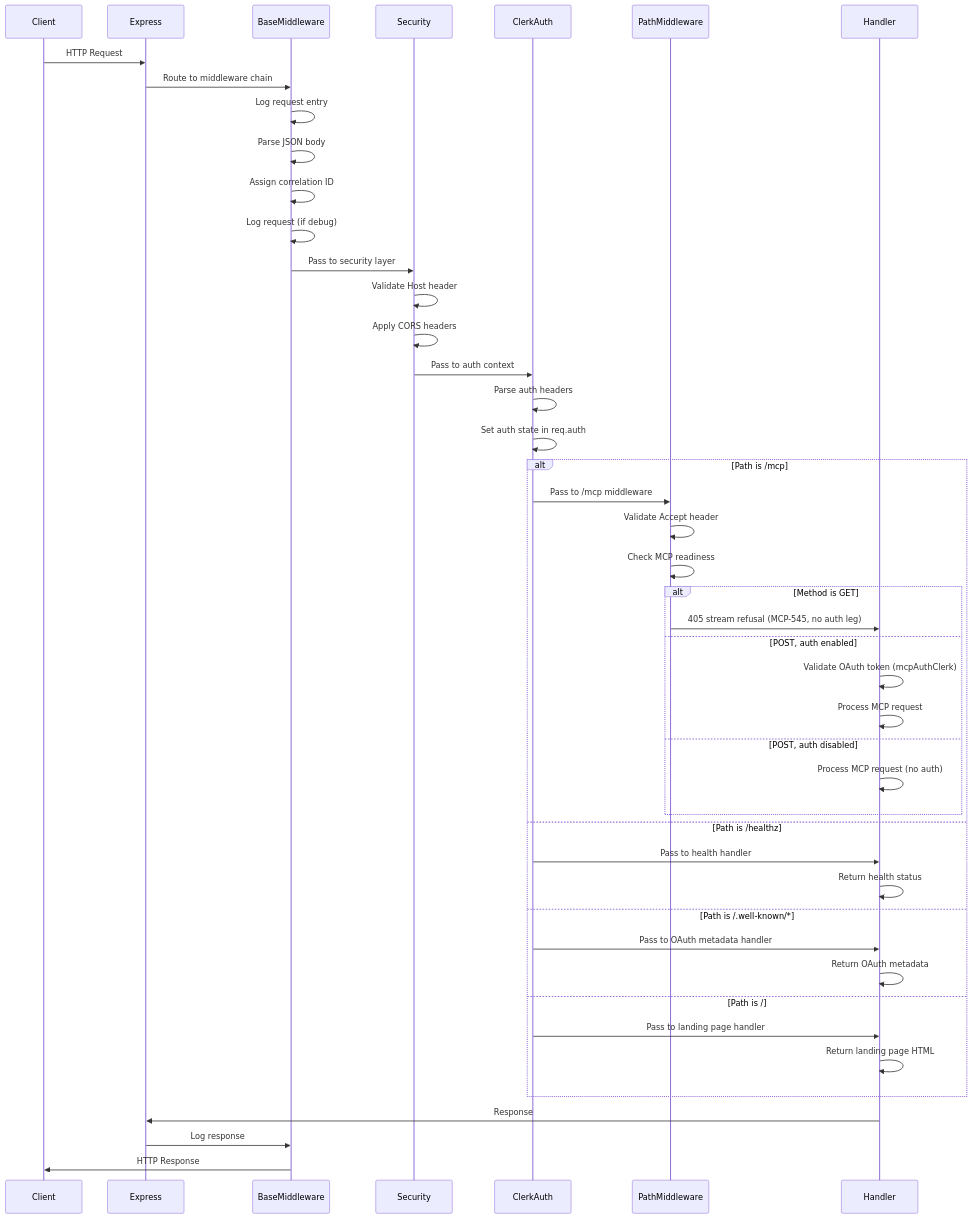
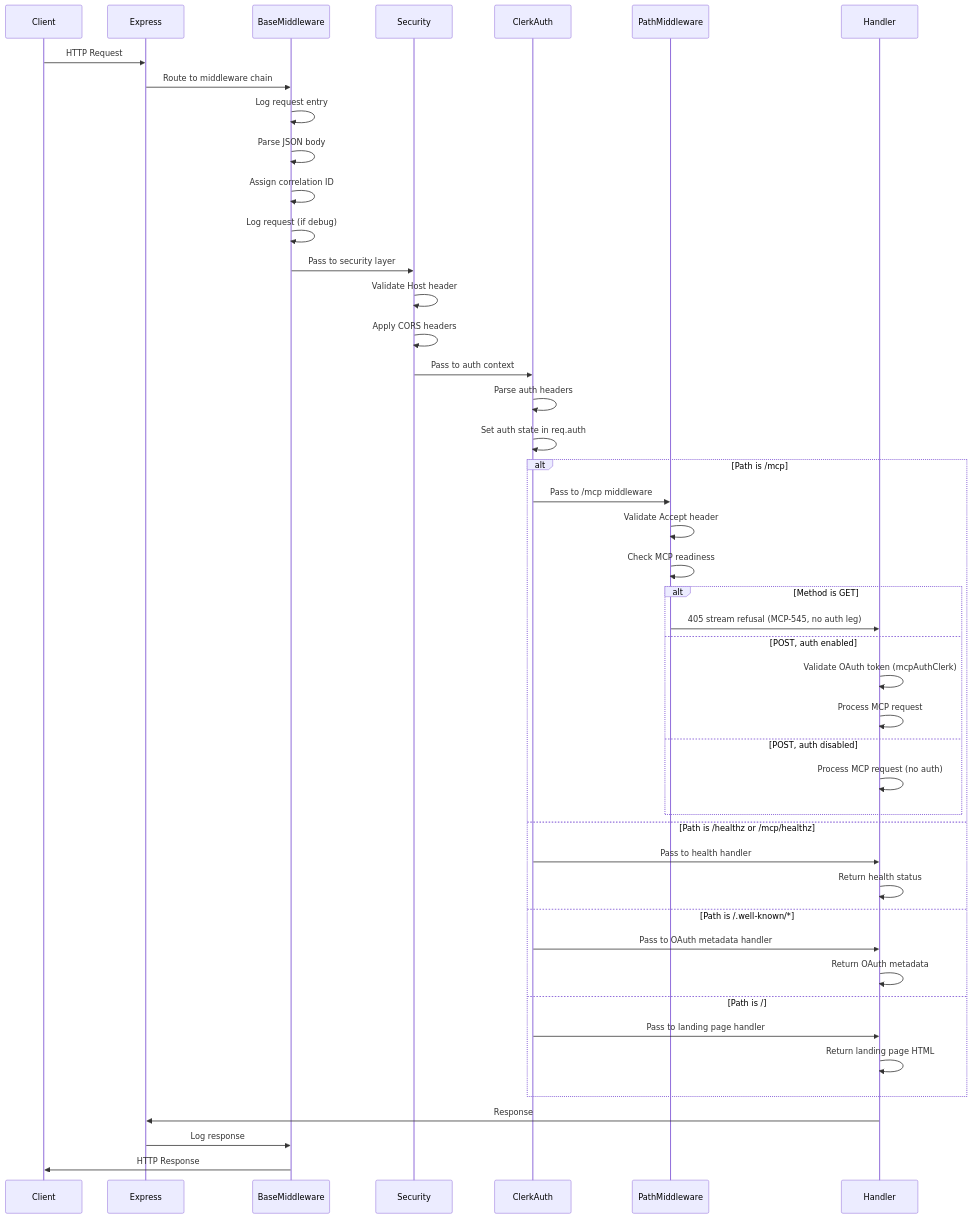
The first of 2 diagrams in apps/oak-curriculum-mcp-streamable-http/docs/middleware-chain.md (EngraphCode/oak-open-curriculum-ecosystem), drawn with Mermaid before and after one commit. The commit also changed other lines of this file and 15 other files, not shown here.

````diff
--- a/apps/oak-curriculum-mcp-streamable-http/docs/middleware-chain.md
+++ b/apps/oak-curriculum-mcp-streamable-http/docs/middleware-chain.md
@@ -67,53 +67,53 @@
 ```mermaid
 sequenceDiagram
     participant Client
     participant Express
     participant BaseMiddleware
     participant Security
     participant ClerkAuth
     participant PathMiddleware
     participant Handler
 
     Client->>Express: HTTP Request
     Express->>BaseMiddleware: Route to middleware chain
     BaseMiddleware->>BaseMiddleware: Log request entry
     BaseMiddleware->>BaseMiddleware: Parse JSON body
     BaseMiddleware->>BaseMiddleware: Assign correlation ID
     BaseMiddleware->>BaseMiddleware: Log request (if debug)
 
     BaseMiddleware->>Security: Pass to security layer
     Security->>Security: Validate Host header
     Security->>Security: Apply CORS headers
 
     Security->>ClerkAuth: Pass to auth context
     ClerkAuth->>ClerkAuth: Parse auth headers
     ClerkAuth->>ClerkAuth: Set auth state in req.auth
 
     alt Path is /mcp
         ClerkAuth->>PathMiddleware: Pass to /mcp middleware
         PathMiddleware->>PathMiddleware: Validate Accept header
         PathMiddleware->>PathMiddleware: Check MCP readiness
 
         alt Method is GET
             PathMiddleware->>Handler: 405 stream refusal (MCP-545, no auth leg)
         else POST, auth enabled
             Handler->>Handler: Validate OAuth token (mcpAuthClerk)
             Handler->>Handler: Process MCP request
         else POST, auth disabled
             Handler->>Handler: Process MCP request (no auth)
         end
-    else Path is /healthz
+    else Path is /healthz or /mcp/healthz
         ClerkAuth->>Handler: Pass to health handler
         Handler->>Handler: Return health status
     else Path is /.well-known/*
         ClerkAuth->>Handler: Pass to OAuth metadata handler
         Handler->>Handler: Return OAuth metadata
     else Path is /
         ClerkAuth->>Handler: Pass to landing page handler
         Handler->>Handler: Return landing page HTML
     end
 
     Handler->>Express: Response
     Express->>BaseMiddleware: Log response
     BaseMiddleware->>Client: HTTP Response
 ```
````
